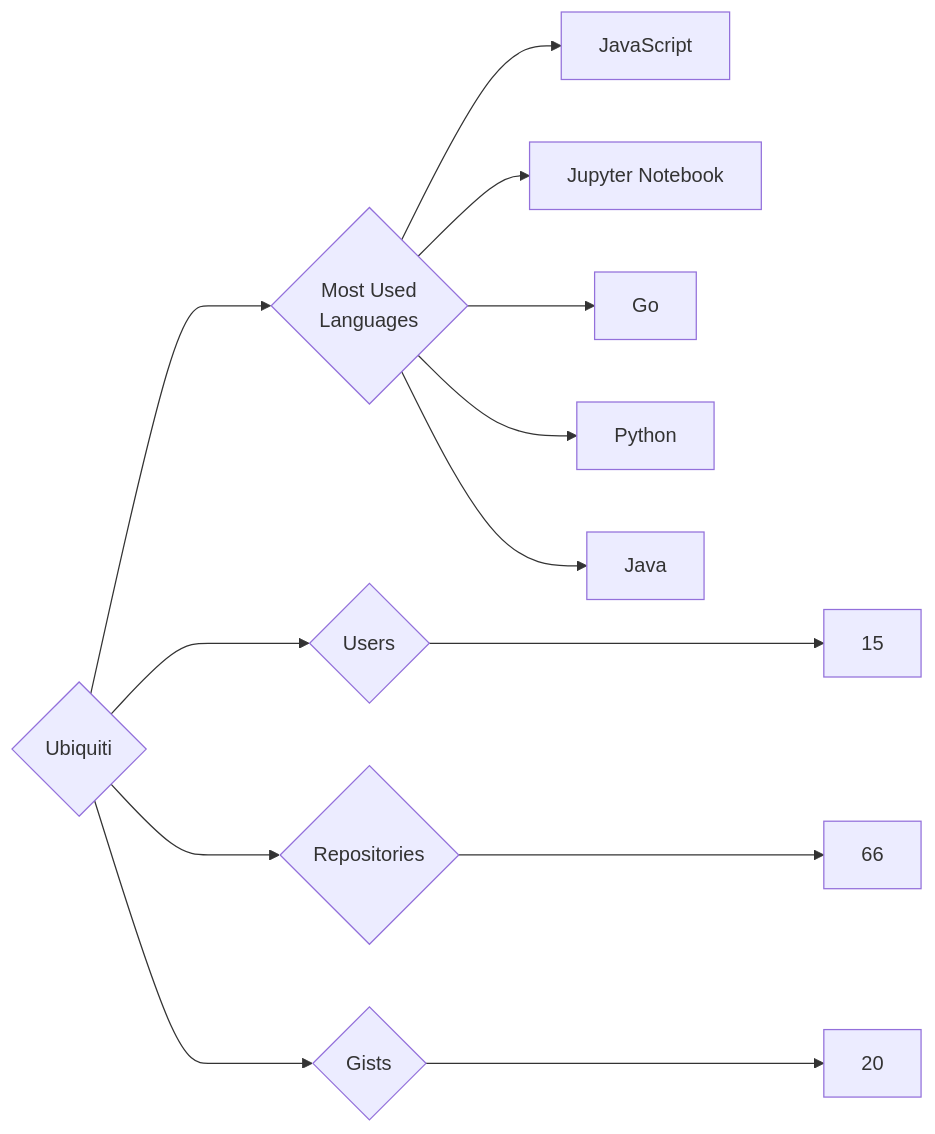
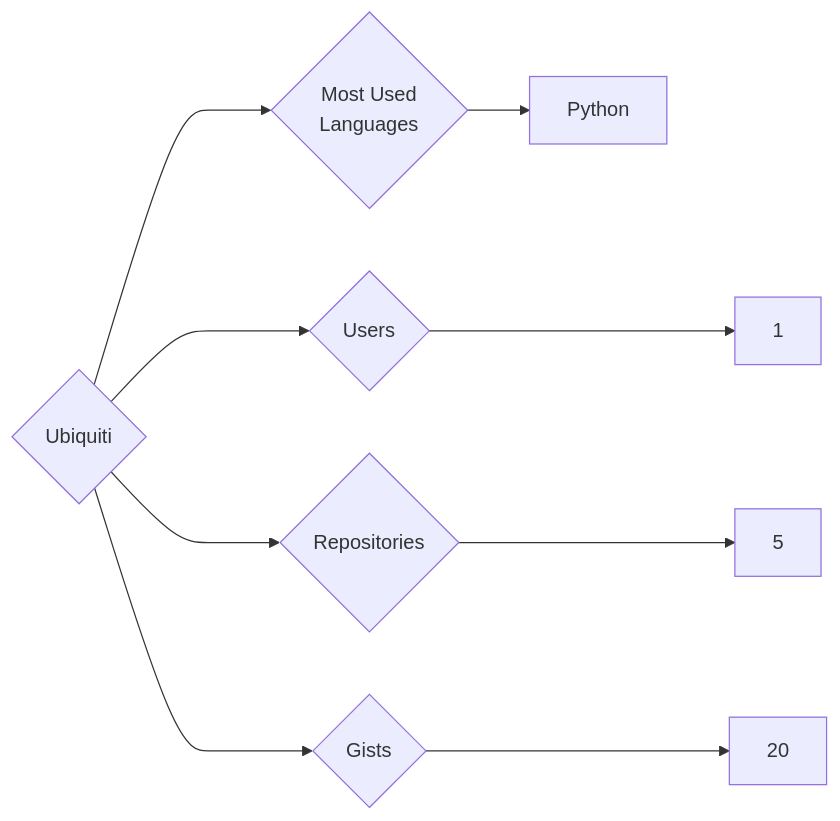
One commit to trickest/insiders changed the diagram in targets/Ubiquiti/README.md. Above: the diagram before and after it, drawn with Mermaid. The commit also changed 871 other files, not shown here.

````diff
--- a/targets/Ubiquiti/README.md
+++ b/targets/Ubiquiti/README.md
@@ -3,13 +3,9 @@
 ```mermaid
 graph LR
 COMPANY_NAME{Ubiquiti}
-COMPANY_NAME ---> U{Users} ---> UN[15]
-COMPANY_NAME ---> R{Repositories} ---> RN[66]
+COMPANY_NAME ---> U{Users} ---> UN[1]
+COMPANY_NAME ---> R{Repositories} ---> RN[5]
 COMPANY_NAME ---> G{Gists} ---> GN[20]
 COMPANY_NAME ---> ML{Most Used<br>Languages}
-ML --> JavaScript[JavaScript]
-ML --> Jupyter_Notebook[Jupyter Notebook]
-ML --> Go[Go]
 ML --> Python[Python]
-ML --> Java[Java]
 ```
````
